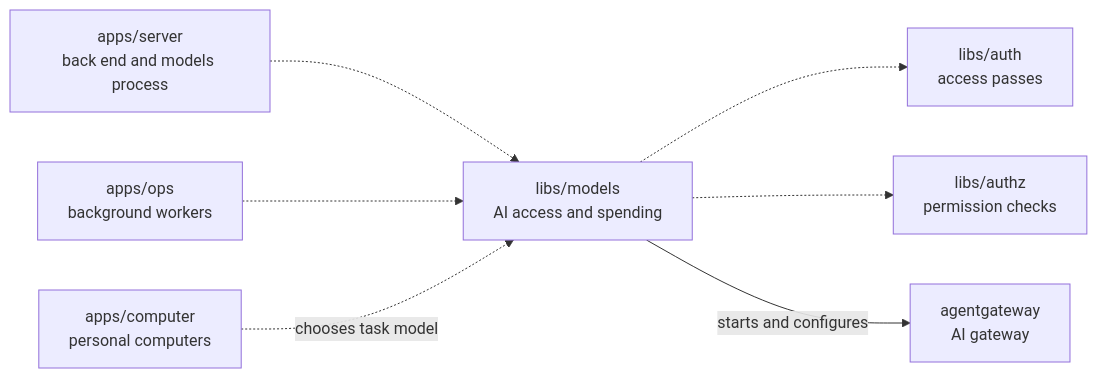
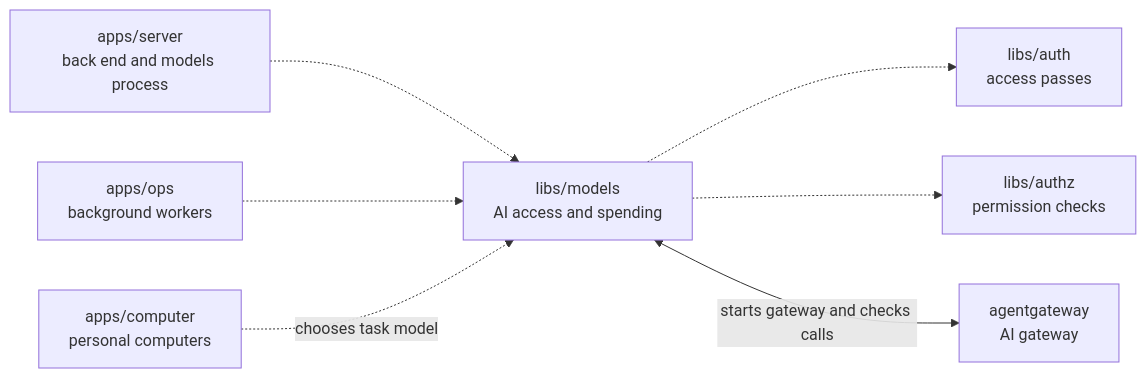
Before and after one commit to elewa-git/opencrane-new: the diagram in libs/models/README.md, drawn with Mermaid. The commit also changed other lines of this file and 8 other files, not shown here.

````diff
--- a/libs/models/README.md
+++ b/libs/models/README.md
@@ -11,9 +11,9 @@
 ```mermaid
 flowchart LR
   server["apps/server<br/>back end and models process"] -.-> models["libs/models<br/>AI access and spending"]
   ops["apps/ops<br/>background workers"] -.-> models
   computer["apps/computer<br/>personal computers"] -.->|chooses task model| models
   models -.-> auth["libs/auth<br/>access passes"]
   models -.-> authz["libs/authz<br/>permission checks"]
-  models -->|starts and configures| gateway["agentgateway<br/>AI gateway"]
+  models <-->|starts gateway and checks calls| gateway["agentgateway<br/>AI gateway"]
 ```
````
